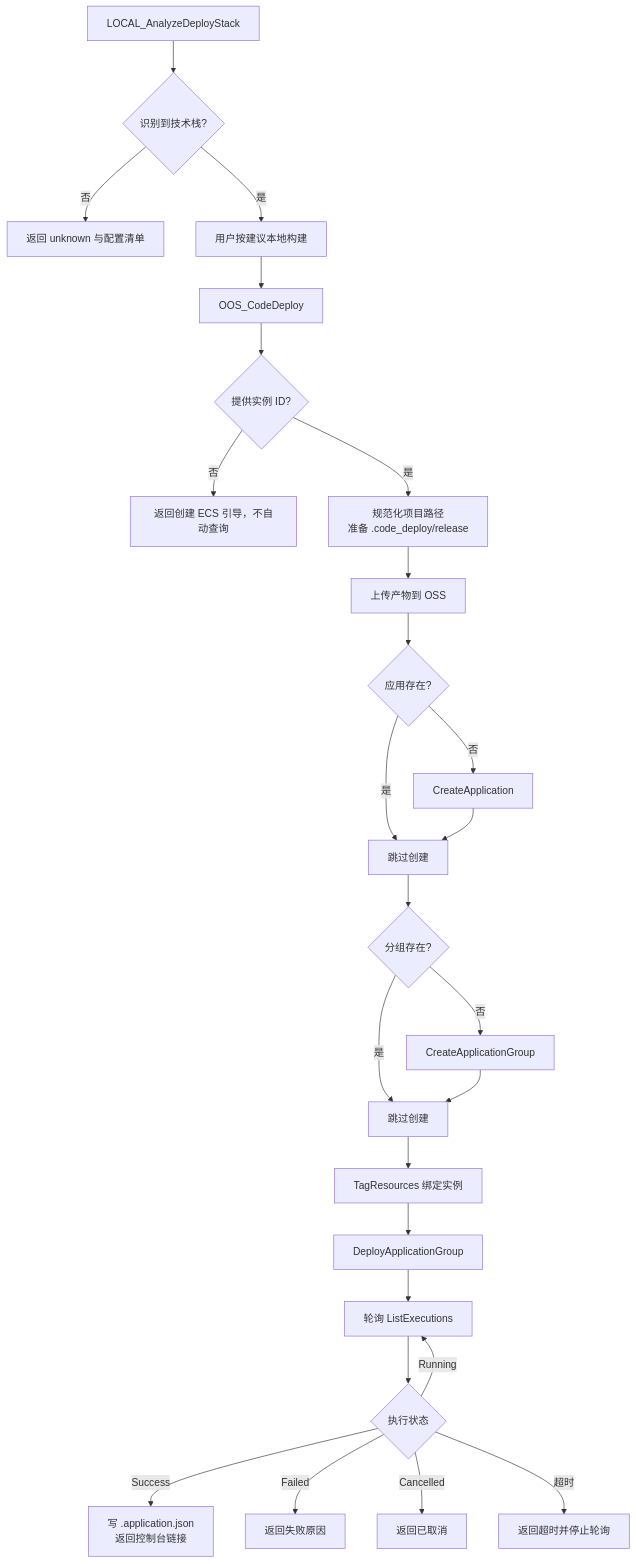
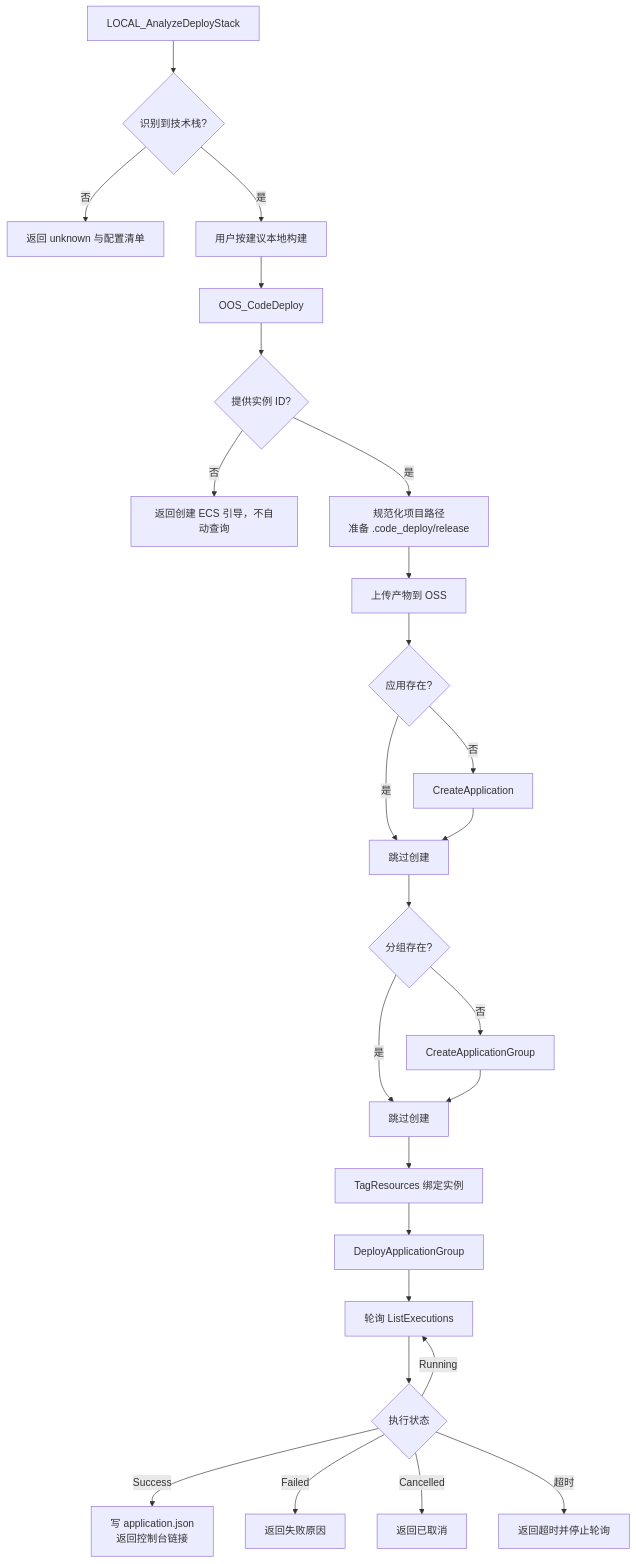
The first of 3 diagrams in docs/流程/02-代码部署全流程-v1.md (bambuo/alibaba-cloud-ops-mcp-server-cs), drawn with Mermaid before and after one commit. The commit also changed other lines of this file and 7 other files, not shown here.

````diff
--- a/docs/流程/02-代码部署全流程-v1.md
+++ b/docs/流程/02-代码部署全流程-v1.md
@@ -31,28 +31,28 @@
 ```mermaid
 flowchart TD
     A[LOCAL_AnalyzeDeployStack] --> B{识别到技术栈?}
     B -->|否| B1[返回 unknown 与配置清单]
     B -->|是| C[用户按建议本地构建]
     C --> D[OOS_CodeDeploy]
     D --> E{提供实例 ID?}
     E -->|否| E1[返回创建 ECS 引导，不自动查询]
     E -->|是| F[规范化项目路径<br/>准备 .code_deploy/release]
     F --> G[上传产物到 OSS]
     G --> H{应用存在?}
     H -->|否| H1[CreateApplication]
     H -->|是| I[跳过创建]
     H1 --> I
     I --> J{分组存在?}
     J -->|否| J1[CreateApplicationGroup]
     J -->|是| K[跳过创建]
     J1 --> K
     K --> L[TagResources 绑定实例]
     L --> M[DeployApplicationGroup]
     M --> N[轮询 ListExecutions]
     N --> O{执行状态}
     O -->|Running| N
-    O -->|Success| P[写 .application.json<br/>返回控制台链接]
+    O -->|Success| P[写 application.json<br/>返回控制台链接]
     O -->|Failed| Q[返回失败原因]
     O -->|Cancelled| R[返回已取消]
     O -->|超时| S[返回超时并停止轮询]
 ```
````
